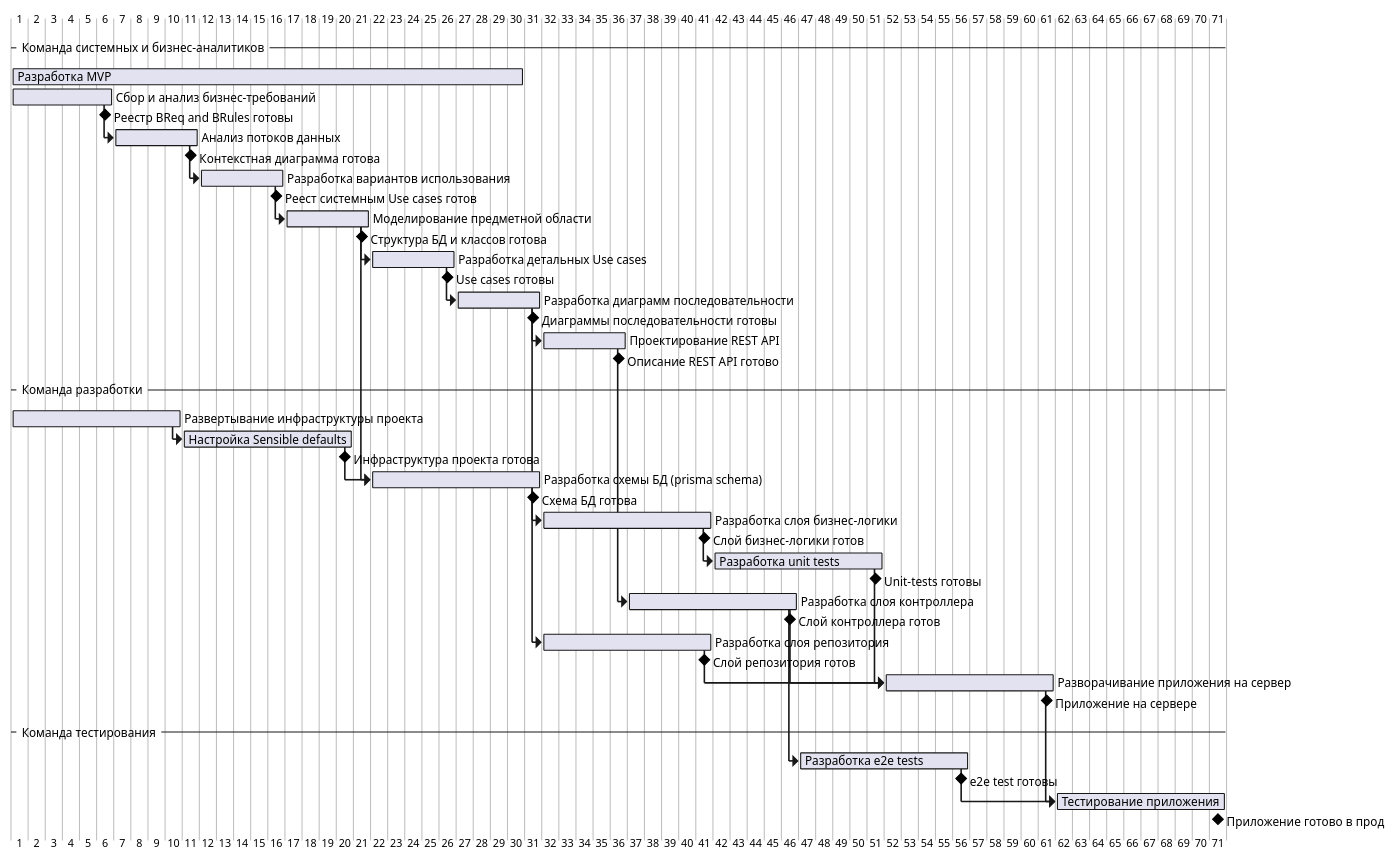
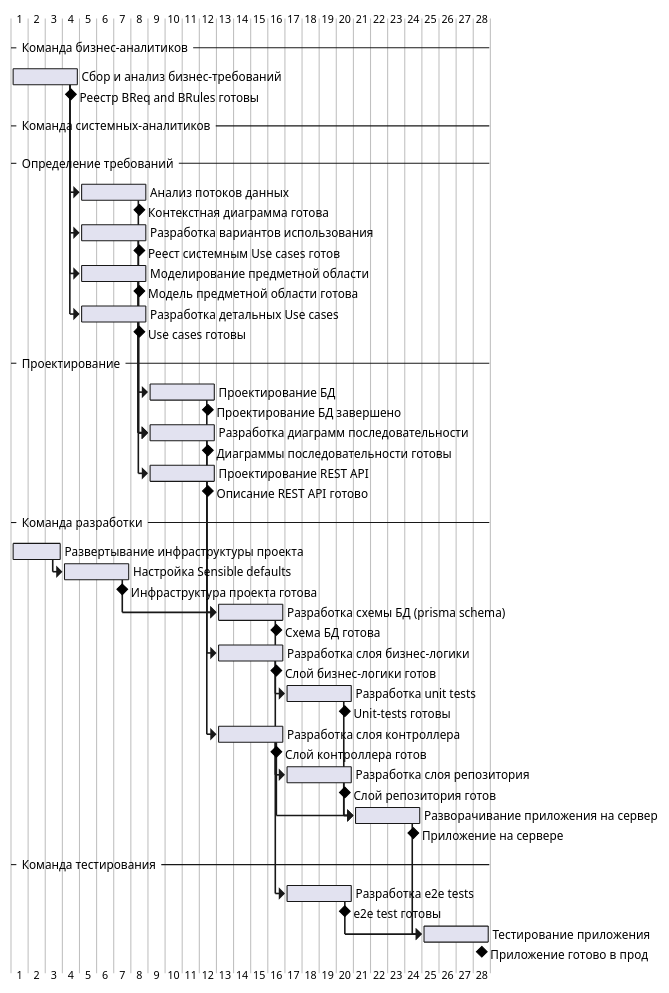
One commit to PortnovAlex80/node_js_pro changed the diagram in api-warehouse/diagrams/ganttflow.iuml. Above: the diagram before and after it, drawn with PlantUML.

```diff
--- a/api-warehouse/diagrams/ganttflow.iuml
+++ b/api-warehouse/diagrams/ganttflow.iuml
@@ -1,81 +1,90 @@
 @startgantt
 language ru
--- Команда системных и бизнес-аналитиков --
-[Разработка MVP] lasts 30 days
-[Сбор и анализ бизнес-требований] lasts 6 days
+-- Команда бизнес-аналитиков --
+[Сбор и анализ бизнес-требований] lasts 4 days
 [Реестр BReq and BRules готовы] happens at [Сбор и анализ бизнес-требований]'s end
 
-[Анализ потоков данных] lasts 5 days
+-- Команда системных-аналитиков --
+-- Определение требований --
+
+[Анализ потоков данных] lasts 4 days
 [Анализ потоков данных] starts at [Сбор и анализ бизнес-требований]'s end
 [Контекстная диаграмма готова] happens at [Анализ потоков данных]'s end
 
-[Разработка вариантов использования] starts at [Анализ потоков данных]'s end
-[Разработка вариантов использования] lasts 5 days
+[Разработка вариантов использования] starts at [Сбор и анализ бизнес-требований]'s end
+[Разработка вариантов использования] lasts 4 days
 [Реест системным Use cases готов] happens at [Разработка вариантов использования]'s end
 
-[Моделирование предметной области] starts at [Разработка вариантов использования]'s end
-[Моделирование предметной области] lasts 5 days
-[Структура БД и классов готова] happens at [Моделирование предметной области]'s end
+[Моделирование предметной области] starts at [Сбор и анализ бизнес-требований]'s end
+[Моделирование предметной области] lasts 4 days
+[Модель предметной области готова] happens at [Моделирование предметной области]'s end
 
-[Разработка детальных Use cases] starts at [Моделирование предметной области]'s end
-[Разработка детальных Use cases] lasts 5 days
+[Разработка детальных Use cases] starts at [Сбор и анализ бизнес-требований]'s end
+[Разработка детальных Use cases] lasts 4 days
 [Use cases готовы] happens at [Разработка детальных Use cases]'s end
 
+-- Проектирование --
+
+[Проектирование БД] starts at [Моделирование предметной области]'s end
+[Проектирование БД] lasts 4 days
+[Проектирование БД завершено] happens at [Проектирование БД]'s end
+
+[Разработка диаграмм последовательности] starts at [Анализ потоков данных]'s end
+[Разработка диаграмм последовательности] starts at [Разработка вариантов использования]'s end
+[Разработка диаграмм последовательности] starts at [Моделирование предметной области]'s end
 [Разработка диаграмм последовательности] starts at [Разработка детальных Use cases]'s end
-[Разработка диаграмм последовательности] lasts 5 days
+[Разработка диаграмм последовательности] lasts 4 days
 [Диаграммы последовательности готовы] happens at [Разработка диаграмм последовательности]'s end
 
-[Проектирование REST API] starts at [Разработка диаграмм последовательности]'s end
-[Проектирование REST API] lasts 5 days
+[Проектирование REST API] starts at [Разработка детальных Use cases]'s end
+[Проектирование REST API] lasts 4 days
 [Описание REST API готово] happens at [Проектирование REST API]'s end
-
-
 
 
 -- Команда разработки --
 
-[Развертывание инфраструктуры проекта] lasts 10 days
+[Развертывание инфраструктуры проекта] lasts 3 days
 
 [Настройка Sensible defaults] starts at [Развертывание инфраструктуры проекта]'s end
-[Настройка Sensible defaults] lasts 10 days
+[Настройка Sensible defaults] lasts 4 days
 [Инфраструктура проекта готова] happens at [Настройка Sensible defaults]'s end
 
-[Разработка схемы БД (prisma schema)] starts at [Моделирование предметной области]'s end
+[Разработка схемы БД (prisma schema)] starts at [Проектирование БД]'s end
 [Разработка схемы БД (prisma schema)] starts at [Настройка Sensible defaults]'s end
-[Разработка схемы БД (prisma schema)] lasts 10 days
+[Разработка схемы БД (prisma schema)] lasts 4 days
 [Схема БД готова] happens at [Разработка схемы БД (prisma schema)]'s end
 
 [Разработка слоя бизнес-логики] starts at [Разработка диаграмм последовательности]'s end
-[Разработка слоя бизнес-логики] lasts 10 days
+[Разработка слоя бизнес-логики] lasts 4 days
 [Слой бизнес-логики готов] happens at [Разработка слоя бизнес-логики]'s end
 
 [Разработка unit tests] starts at [Разработка слоя бизнес-логики]'s end
-[Разработка unit tests] lasts 10 days
+[Разработка unit tests] lasts 4 days
 [Unit-tests готовы] happens at [Разработка unit tests]'s end
 
 [Разработка слоя контроллера] starts at [Проектирование REST API]'s end
-[Разработка слоя контроллера] lasts 10 days
+[Разработка слоя контроллера] lasts 4 days
 [Слой контроллера готов] happens at [Разработка слоя контроллера]'s end
 
 [Разработка слоя репозитория] starts at [Разработка схемы БД (prisma schema)]'s end
-[Разработка слоя репозитория] lasts 10 days
+[Разработка слоя репозитория] lasts 4 days
 [Слой репозитория готов] happens at [Разработка слоя репозитория]'s end
 
 [Разворачивание приложения на сервер] starts at [Разработка слоя репозитория]'s end
 [Разворачивание приложения на сервер] starts at [Разработка слоя контроллера]'s end
 [Разворачивание приложения на сервер] starts at [Разработка unit tests]'s end
 
-[Разворачивание приложения на сервер] lasts 10 days
+[Разворачивание приложения на сервер] lasts 4 days
 [Приложение на сервере] happens at [Разворачивание приложения на сервер]'s end
 -- Команда тестирования --
 
 
 [Разработка e2e tests] starts at [Разработка слоя контроллера]'s end
-[Разработка e2e tests] lasts 10 days
+[Разработка e2e tests] lasts 4 days
 [e2e test готовы] happens at [Разработка e2e tests]'s end
 
 [Тестирование приложения] starts at [Разворачивание приложения на сервер]'s end
 [Тестирование приложения] starts at [Разработка e2e tests]'s end
-[Тестирование приложения] lasts 10 days
+[Тестирование приложения] lasts 4 days
 [Приложение готово в прод] happens at [Тестирование приложения]'s end
 @endgantt
```
